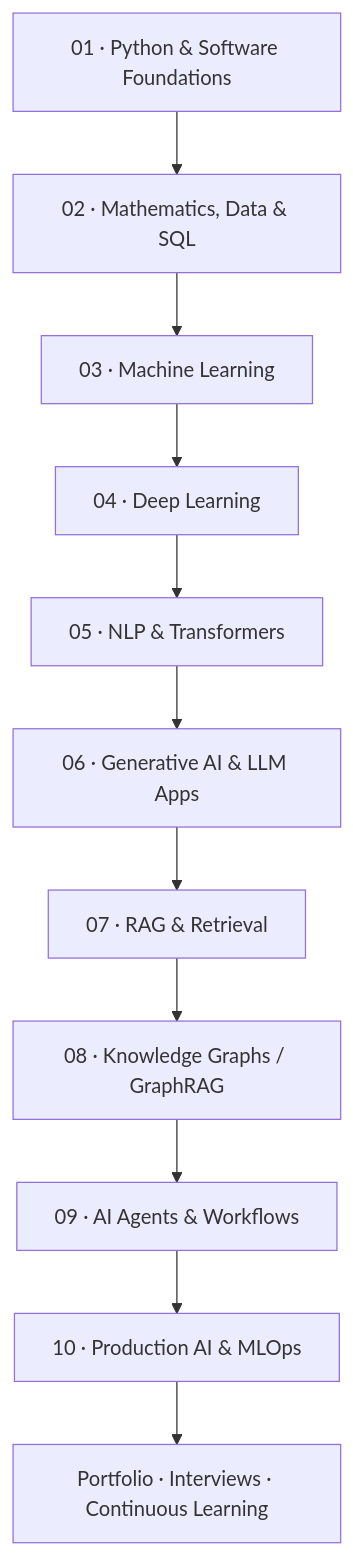
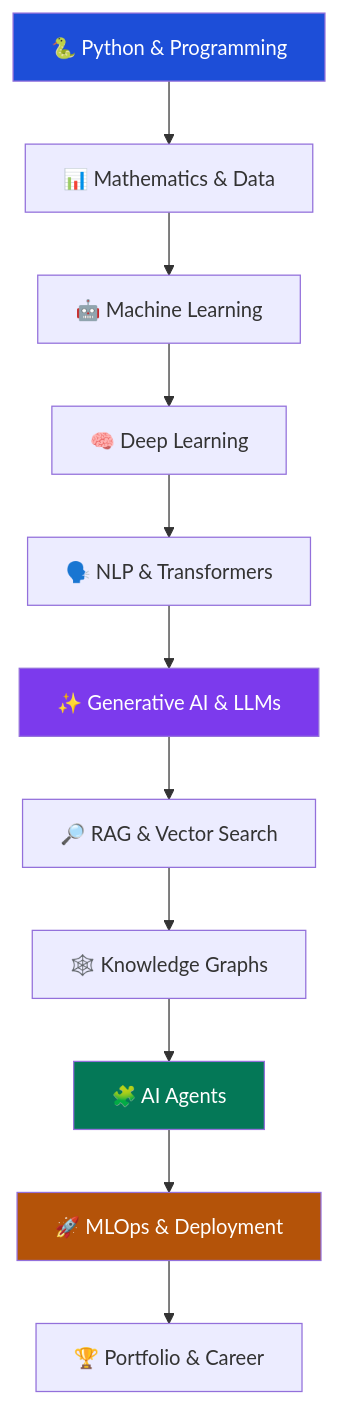
One commit to kommareddydinesh/AI-Engineer-Roadmap changed the diagram in README.md. Above: the diagram before and after it, drawn with Mermaid. The commit also changed other lines of this file, not shown here.

````diff
--- a/README.md
+++ b/README.md
@@ -78,13 +80,18 @@
 ```mermaid
 flowchart TD
-    A["01 · Python & Software Foundations"] --> B["02 · Mathematics, Data & SQL"]
-    B --> C["03 · Machine Learning"]
-    C --> D["04 · Deep Learning"]
-    D --> E["05 · NLP & Transformers"]
-    E --> F["06 · Generative AI & LLM Apps"]
-    F --> G["07 · RAG & Retrieval"]
-    G --> H["08 · Knowledge Graphs / GraphRAG"]
-    H --> I["09 · AI Agents & Workflows"]
-    I --> J["10 · Production AI & MLOps"]
-    J --> K["Portfolio · Interviews · Continuous Learning"]
+    A["🐍 Python & Programming"] --> B["📊 Mathematics & Data"]
+    B --> C["🤖 Machine Learning"]
+    C --> D["🧠 Deep Learning"]
+    D --> E["🗣️ NLP & Transformers"]
+    E --> F["✨ Generative AI & LLMs"]
+    F --> G["🔎 RAG & Vector Search"]
+    G --> H["🕸️ Knowledge Graphs"]
+    H --> I["🧩 AI Agents"]
+    I --> J["🚀 MLOps & Deployment"]
+    J --> K["🏆 Portfolio & Career"]
+
+    style A fill:#1d4ed8,color:#fff
+    style F fill:#7c3aed,color:#fff
+    style I fill:#047857,color:#fff
+    style J fill:#b45309,color:#fff
 ```
````
